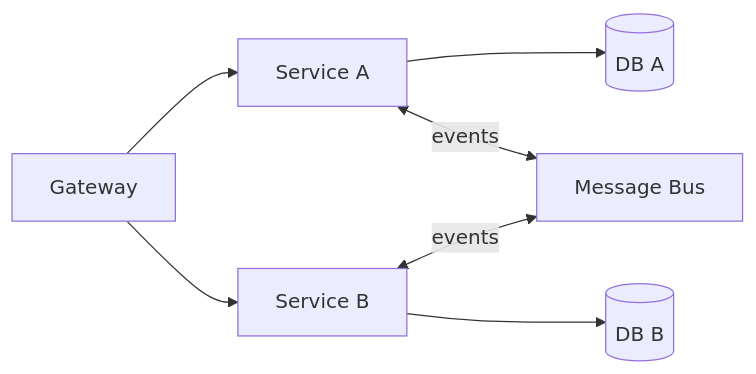
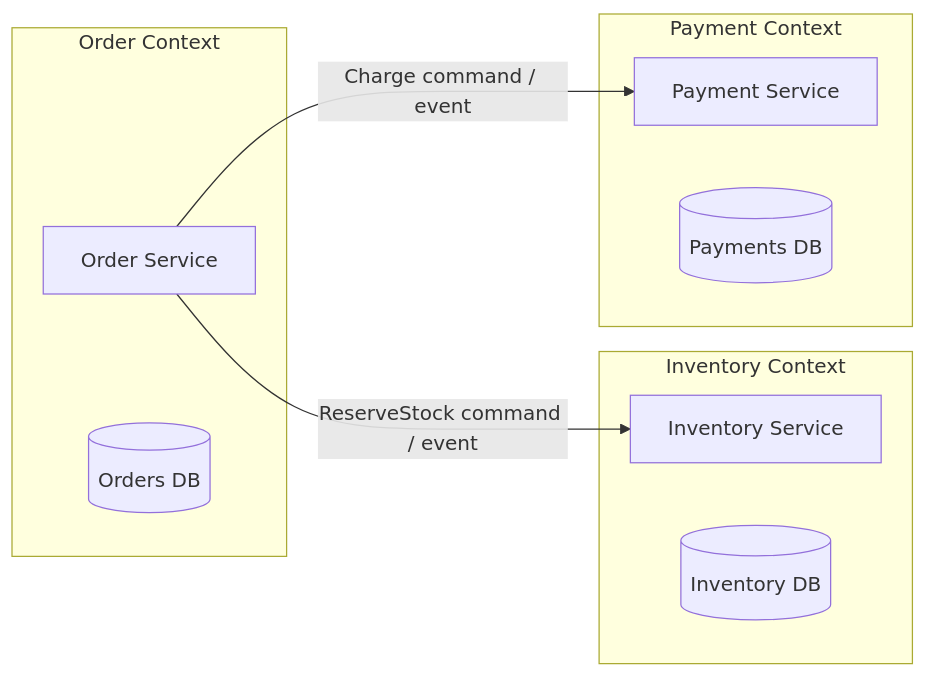
Before and after one commit to hareramcse/SystemDesign: the fifth of 27 diagrams in 08-microservices/README.md, drawn with Mermaid. The commit also changed other lines of this file and 14 other files, not shown here.

````diff
--- a/08-microservices/README.md
+++ b/08-microservices/README.md
@@ -212,9 +250,17 @@
 ```mermaid
 flowchart LR
-    GW[Gateway] --> A[Service A]
-    GW --> B[Service B]
-    A --> DB_A[(DB A)]
-    B --> DB_B[(DB B)]
-    A <-->|events| Bus[Message Bus]
-    B <-->|events| Bus
+    subgraph Order Context
+        OS[Order Service]
+        ODB[(Orders DB)]
+    end
+    subgraph Inventory Context
+        IS[Inventory Service]
+        IDB[(Inventory DB)]
+    end
+    subgraph Payment Context
+        PS[Payment Service]
+        PDB[(Payments DB)]
+    end
+    OS -->|ReserveStock command / event| IS
+    OS -->|Charge command / event| PS
 ```
````
